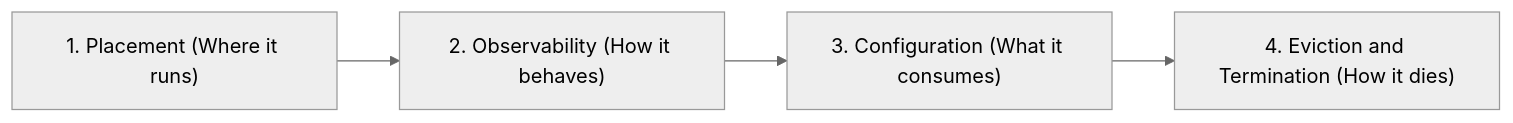
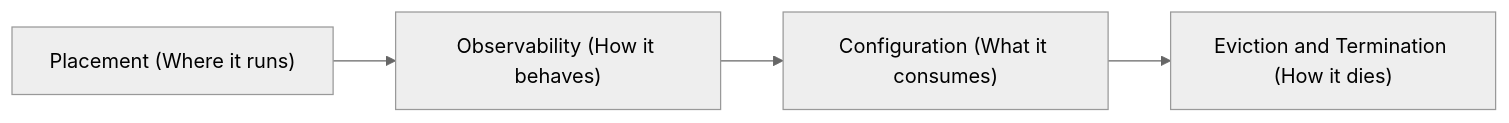
The first of 3 diagrams in Reference Notes/14_scheduling_logging_and_lifecycle.md (kmashour/BrainDump), drawn with Mermaid (neutral theme) before and after one commit. The commit also changed 15 other files, not shown here.

Commit message:
docs: remove leading numbers from mermaid node labels to avoid list parsing errors

````diff
--- a/Reference Notes/14_scheduling_logging_and_lifecycle.md
+++ b/Reference Notes/14_scheduling_logging_and_lifecycle.md
@@ -11,6 +11,6 @@
 ```mermaid
 graph LR
-    A["1. Placement (Where it runs)"] --> B["2. Observability (How it behaves)"]
-    B --> C["3. Configuration (What it consumes)"]
-    C --> D["4. Eviction and Termination (How it dies)"]
+    A["Placement (Where it runs)"] --> B["Observability (How it behaves)"]
+    B --> C["Configuration (What it consumes)"]
+    C --> D["Eviction and Termination (How it dies)"]
 ```
````
